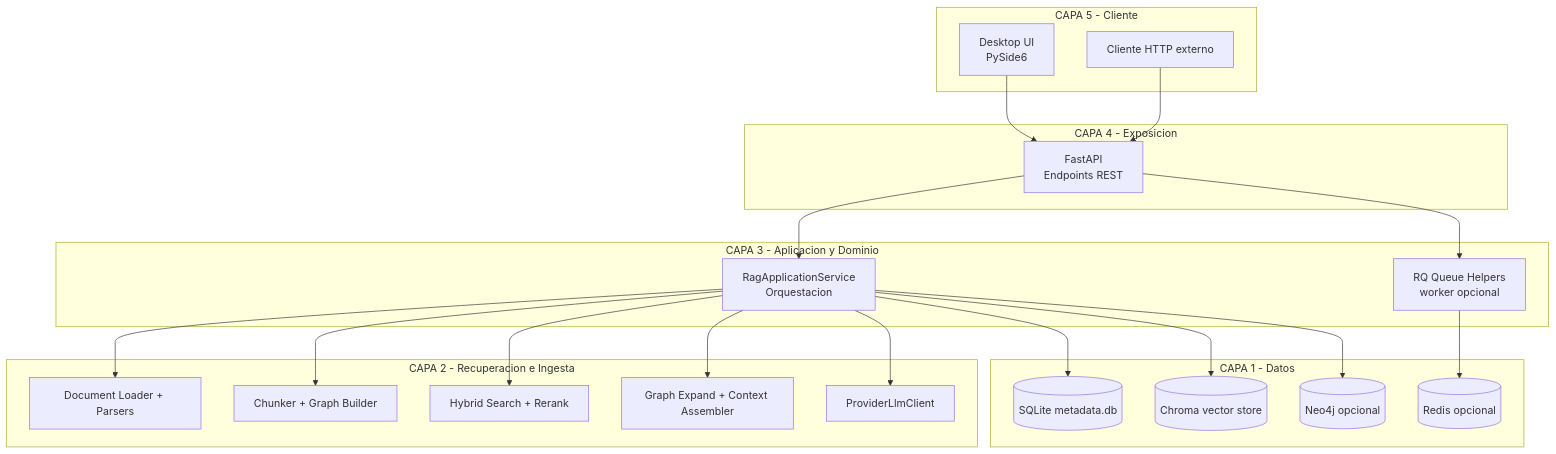
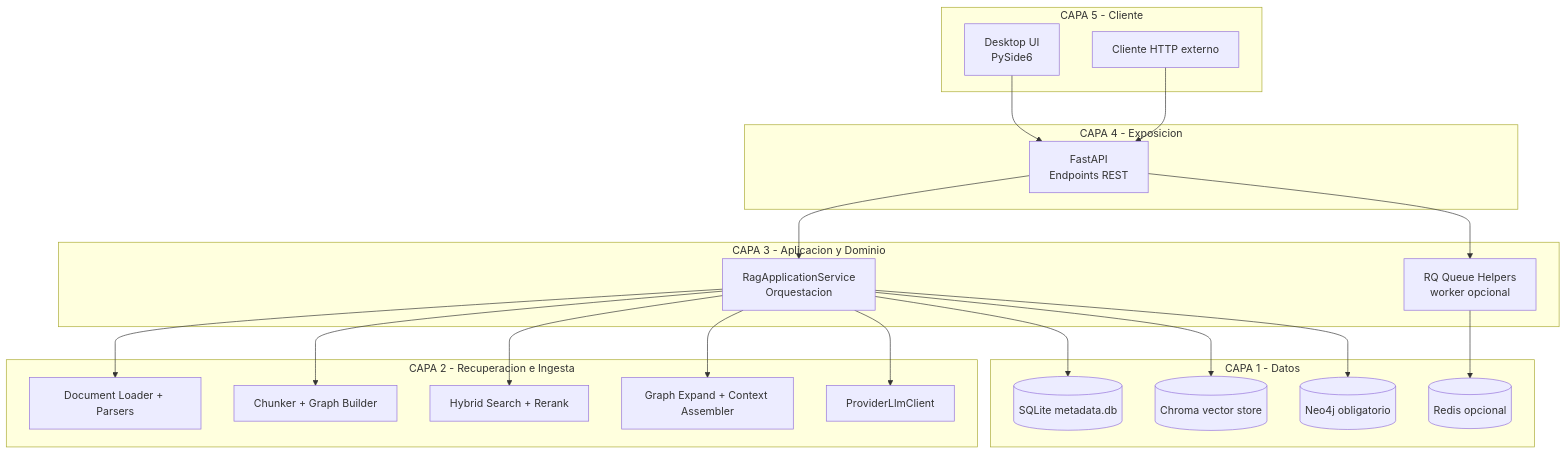
One commit to gherrerz/KDB-RAG-Docs changed the first of 4 diagrams in docs/ARCHITECTURE.md. Above: the diagram before and after it, drawn with Mermaid. The commit also changed other lines of this file and 10 other files, not shown here.

Commit message:
feat: require neo4j runtime for ingestion and query graph flows

````diff
--- a/docs/ARCHITECTURE.md
+++ b/docs/ARCHITECTURE.md
@@ -44,45 +45,45 @@
 ```mermaid
 flowchart TB
     subgraph L5[CAPA 5 - Cliente]
         UI[Desktop UI\nPySide6]
         APIClient[Cliente HTTP externo]
     end
 
     subgraph L4[CAPA 4 - Exposicion]
         FastAPI[FastAPI\nEndpoints REST]
     end
 
     subgraph L3[CAPA 3 - Aplicacion y Dominio]
         Service[RagApplicationService\nOrquestacion]
         Jobs[RQ Queue Helpers\nworker opcional]
     end
 
     subgraph L2[CAPA 2 - Recuperacion e Ingesta]
         Loader[Document Loader + Parsers]
         Chunker[Chunker + Graph Builder]
         Retrieval[Hybrid Search + Rerank]
         GraphExpand[Graph Expand + Context Assembler]
         LLM[ProviderLlmClient]
     end
 
     subgraph L1[CAPA 1 - Datos]
         SQLite[(SQLite metadata.db)]
       Chroma[(Chroma vector store)]
-        Neo4j[(Neo4j opcional)]
+        Neo4j[(Neo4j obligatorio)]
         Redis[(Redis opcional)]
     end
 
     UI --> FastAPI
     APIClient --> FastAPI
     FastAPI --> Service
     Service --> Loader
     Service --> Chunker
     Service --> Retrieval
     Service --> GraphExpand
     Service --> LLM
     Service --> SQLite
     Service --> Chroma
     Service --> Neo4j
     Jobs --> Redis
     FastAPI --> Jobs
 ```
````
